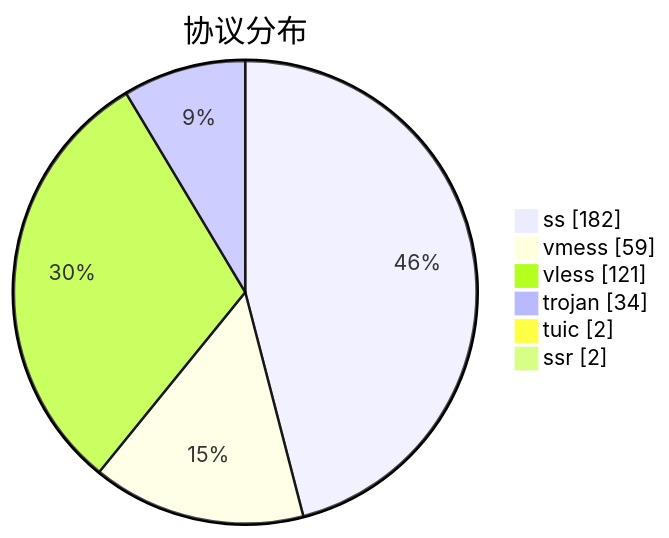
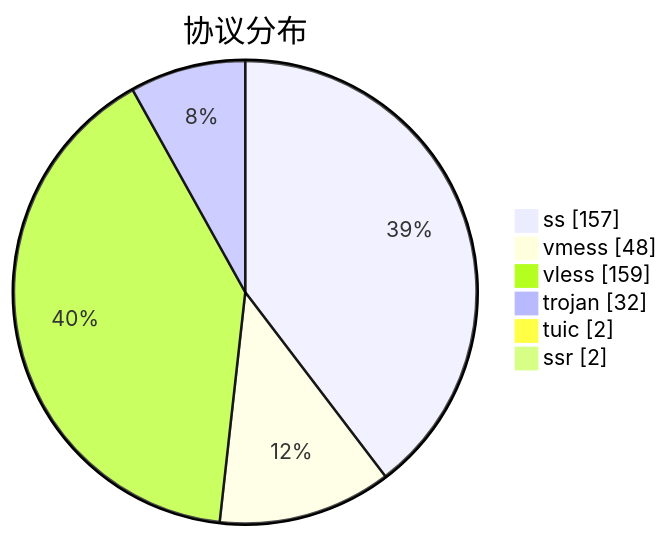
The third of 3 diagrams in subs/statistics/tested_within.md (qjlxg/airport), drawn with Mermaid before and after one commit. The commit also changed other lines of this file and 2 other files, not shown here.

````diff
--- a/subs/statistics/tested_within.md
+++ b/subs/statistics/tested_within.md
@@ -36,10 +34,10 @@
 ```mermaid
 pie showData
 title 协议分布
-"ss" : 182
-"vmess" : 59
-"vless" : 121
-"trojan" : 34
+"ss" : 157
+"vmess" : 48
+"vless" : 159
+"trojan" : 32
 "tuic" : 2
 "ssr" : 2
 ```
````
